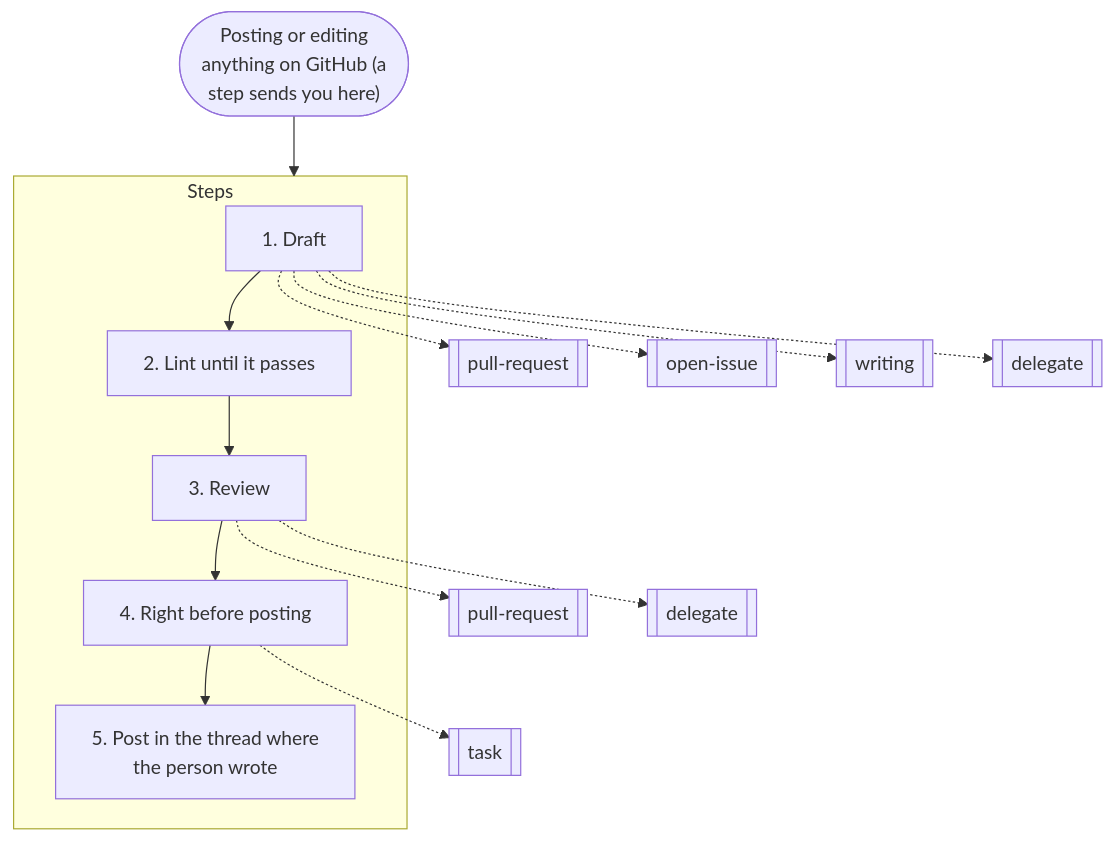
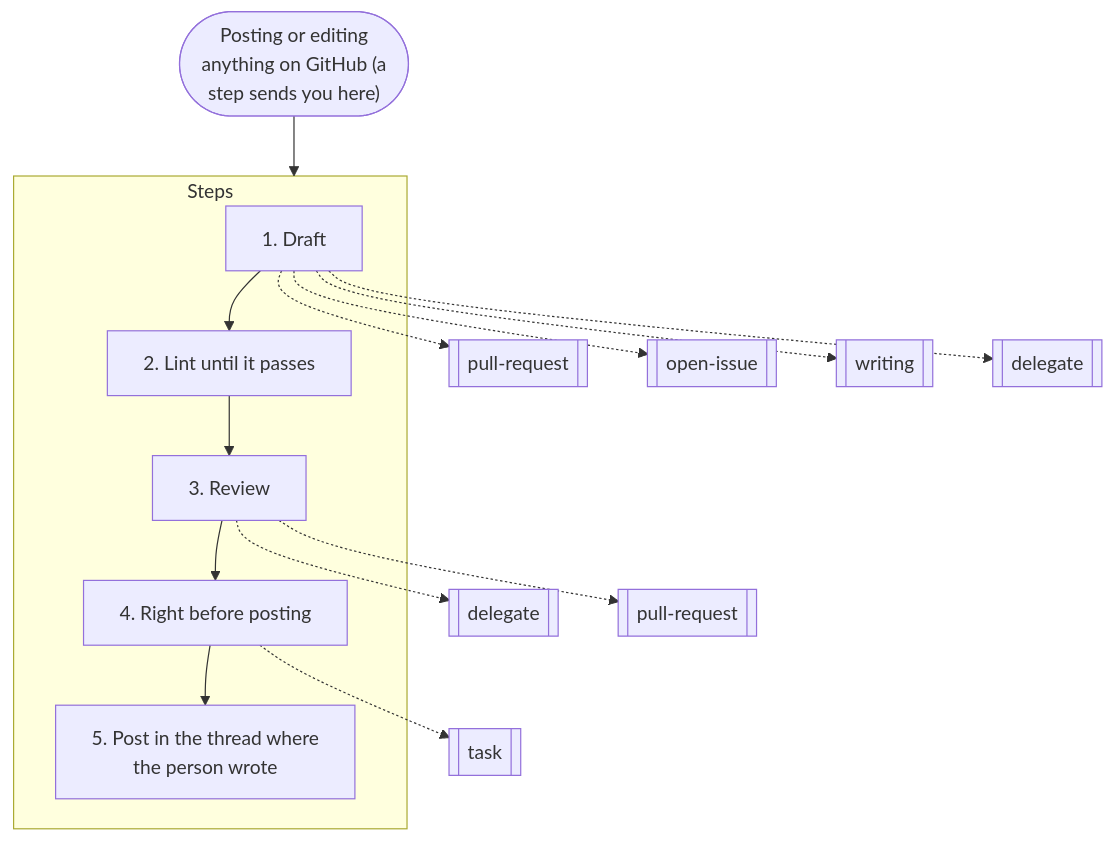
One commit to nitedani-agent/mergeworthy changed the tenth of 19 diagrams in docs/graphs.md. Above: the diagram before and after it, drawn with Mermaid. The commit also changed 11 other files, not shown here.

````diff
--- a/docs/graphs.md
+++ b/docs/graphs.md
@@ -266,23 +266,23 @@
 ```mermaid
 flowchart TB
   start(["Posting or editing<br/>anything on GitHub (a<br/>step sends you here)"])
   subgraph g0["Steps"]
     s0["1. Draft"]
     s1["2. Lint until it passes"]
     s0 --> s1
     s2["3. Review"]
     s1 --> s2
     s3["4. Right before posting"]
     s2 --> s3
     s4["5. Post in the thread where<br/>the person wrote"]
     s3 --> s4
   end
   s0 -.-> r1[["pull-request"]]
   s0 -.-> r2[["open-issue"]]
   s0 -.-> r3[["writing"]]
   s0 -.-> r4[["delegate"]]
-  s2 -.-> r5[["pull-request"]]
-  s2 -.-> r6[["delegate"]]
+  s2 -.-> r5[["delegate"]]
+  s2 -.-> r6[["pull-request"]]
   s3 -.-> r7[["task"]]
   start --> g0
 ```
````
